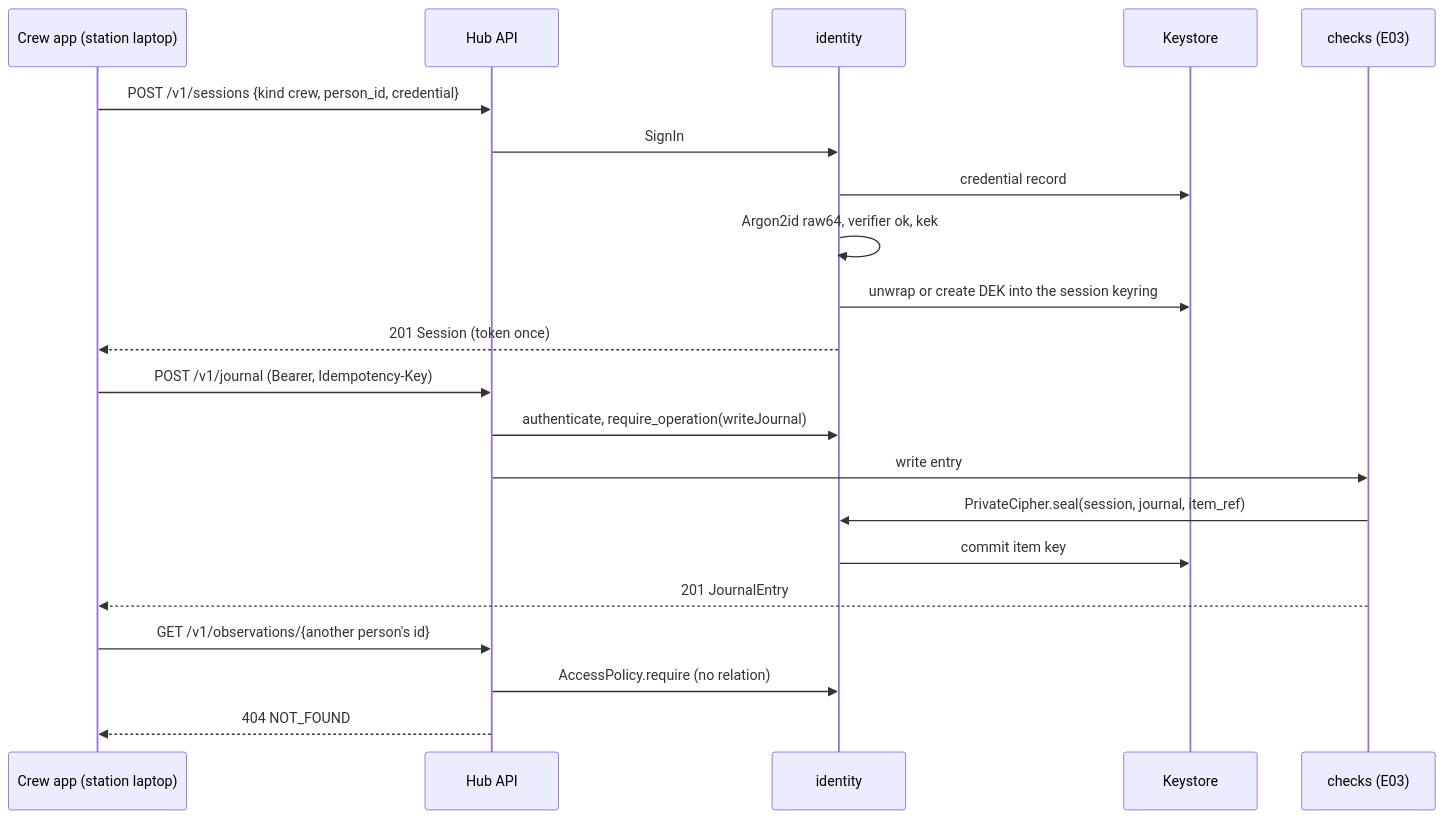
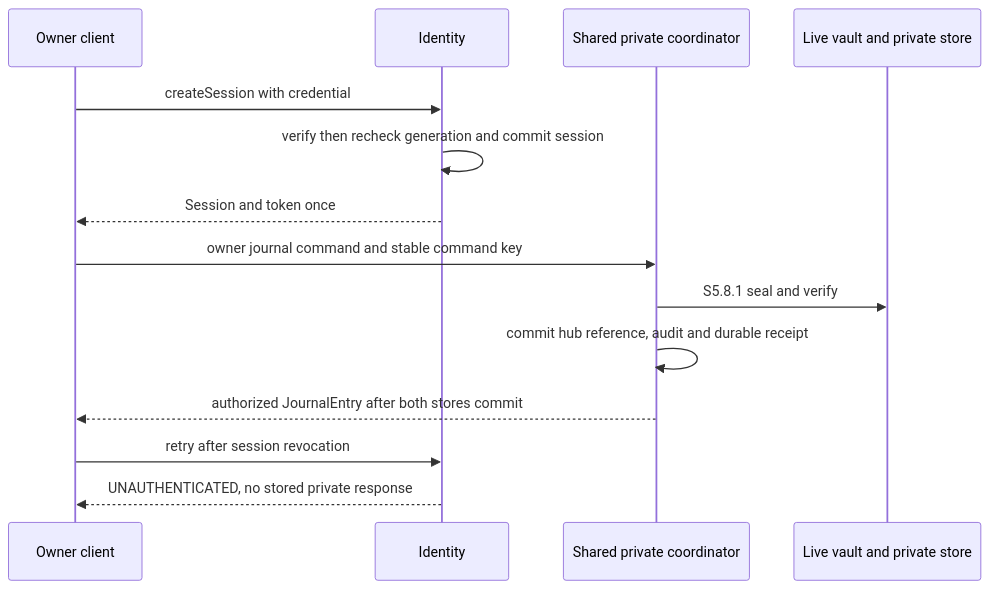
One commit to joaquingit1/vitales-health changed the diagram in docs/tdd/E02.md. Above: the diagram before and after it, drawn with Mermaid. The commit also changed other lines of this file and 7 other files, not shown here.

````diff
--- a/docs/tdd/E02.md
+++ b/docs/tdd/E02.md
@@ -478,23 +275,16 @@
 ```mermaid
 sequenceDiagram
-  participant C as Crew app (station laptop)
-  participant H as Hub API
-  participant I as identity
-  participant K as Keystore
-  participant J as checks (E03)
-  C->>H: POST /v1/sessions {kind crew, person_id, credential}
-  H->>I: SignIn
-  I->>K: credential record
-  I->>I: Argon2id raw64, verifier ok, kek
-  I->>K: unwrap or create DEK into the session keyring
-  I-->>C: 201 Session (token once)
-  C->>H: POST /v1/journal (Bearer, Idempotency-Key)
-  H->>I: authenticate, require_operation(writeJournal)
-  H->>J: write entry
-  J->>I: PrivateCipher.seal(session, journal, item_ref)
-  I->>K: commit item key
-  J-->>C: 201 JournalEntry
-  C->>H: GET /v1/observations/{another person's id}
-  H->>I: AccessPolicy.require (no relation)
-  H-->>C: 404 NOT_FOUND
+  participant C as Owner client
+  participant I as Identity
+  participant P as Shared private coordinator
+  participant V as Live vault and private store
+  C->>I: createSession with credential
+  I->>I: verify then recheck generation and commit session
+  I-->>C: Session and token once
+  C->>P: owner journal command and stable command key
+  P->>V: S5.8.1 seal and verify
+  P->>P: commit hub reference, audit and durable receipt
+  P-->>C: authorized JournalEntry after both stores commit
+  C->>I: retry after session revocation
+  I-->>C: UNAUTHENTICATED, no stored private response
 ```
````
